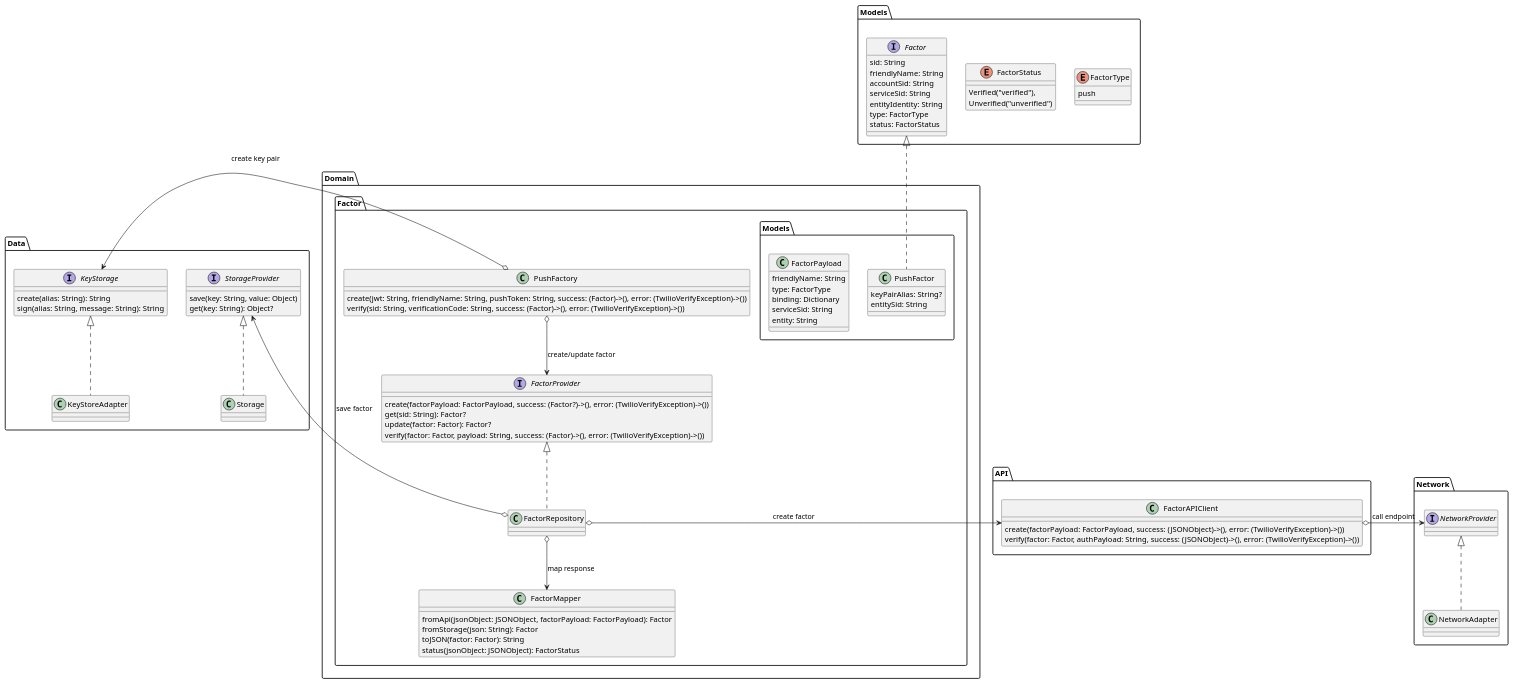
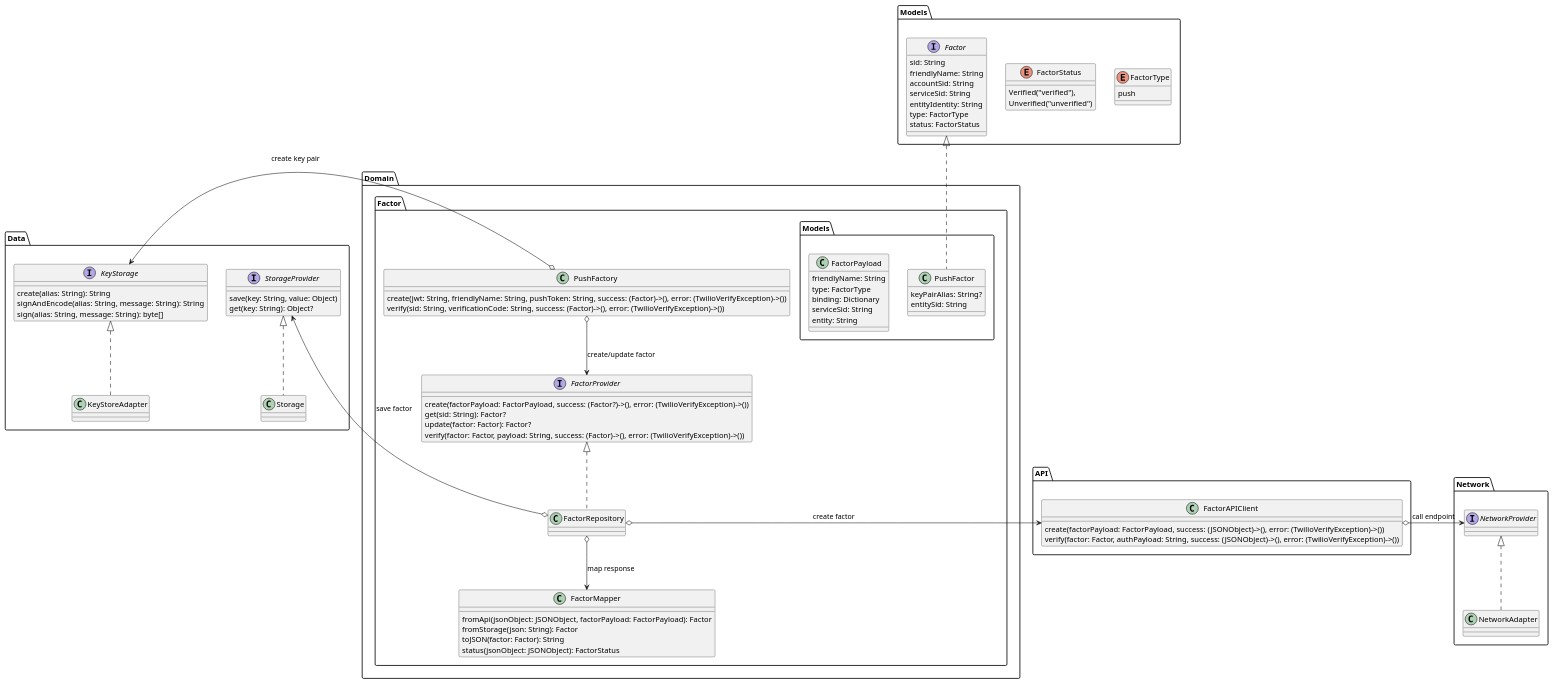
Before and after one commit to twilio/twilio-verify-android: the diagram in diagrams/CreatePushFactor/CreatePushFactor.wsd, drawn with PlantUML. The commit also changed 48 other files, not shown here.

```diff
--- a/diagrams/CreatePushFactor/CreatePushFactor.wsd
+++ b/diagrams/CreatePushFactor/CreatePushFactor.wsd
@@ -1,75 +1,76 @@
 @startuml Create push factor
 enum Models.FactorType {
     push
 }
 enum Models.FactorStatus {
     Verified("verified"),
     Unverified("unverified")
 }
 interface Models.Factor {
     sid: String
     friendlyName: String
     accountSid: String
     serviceSid: String
     entityIdentity: String
     type: FactorType
     status: FactorStatus
 }
 class Domain.Factor.Models.PushFactor implements Models.Factor {
     keyPairAlias: String?
     entitySid: String
 }
 class Domain.Factor.Models.FactorPayload {
     friendlyName: String
     type: FactorType
     binding: Dictionary
     serviceSid: String
     entity: String
 }
 class Domain.Factor.FactorMapper {
     fromApi(jsonObject: JSONObject, factorPayload: FactorPayload): Factor
     fromStorage(json: String): Factor
     toJSON(factor: Factor): String
     status(jsonObject: JSONObject): FactorStatus
 }
 class API.FactorAPIClient {
     create(factorPayload: FactorPayload, success: (JSONObject)->(), error: (TwilioVerifyException)->())
     verify(factor: Factor, authPayload: String, success: (JSONObject)->(), error: (TwilioVerifyException)->())
 }
 class Network.NetworkAdapter implements Network.NetworkProvider {
 
 }
 interface Data.StorageProvider {
     save(key: String, value: Object)
     get(key: String): Object?
 }
 class Data.Storage implements Data.StorageProvider {
 
 }
 interface Data.KeyStorage {
     create(alias: String): String
-    sign(alias: String, message: String): String
+    signAndEncode(alias: String, message: String): String
+    sign(alias: String, message: String): byte[]
 }
 class Data.KeyStoreAdapter implements Data.KeyStorage {
 
 }
 interface Domain.Factor.FactorProvider {
     create(factorPayload: FactorPayload, success: (Factor?)->(), error: (TwilioVerifyException)->())
     get(sid: String): Factor?
     update(factor: Factor): Factor?
     verify(factor: Factor, payload: String, success: (Factor)->(), error: (TwilioVerifyException)->())
 }
 class Domain.Factor.FactorRepository implements Domain.Factor.FactorProvider {
 
 }
 class Domain.Factor.PushFactory {
     create(jwt: String, friendlyName: String, pushToken: String, success: (Factor)->(), error: (TwilioVerifyException)->())
     verify(sid: String, verificationCode: String, success: (Factor)->(), error: (TwilioVerifyException)->())
 }
 Domain.Factor.PushFactory o-left-> Data.KeyStorage: create key pair
 Domain.Factor.PushFactory o--> Domain.Factor.FactorProvider: create/update factor
 Domain.Factor.FactorRepository o-left-> Data.StorageProvider: save factor
 Domain.Factor.FactorRepository o-right-> API.FactorAPIClient: create factor
 Domain.Factor.FactorRepository o--> Domain.Factor.FactorMapper: map response
 API.FactorAPIClient o-right-> Network.NetworkProvider: call endpoint
 @enduml
```
